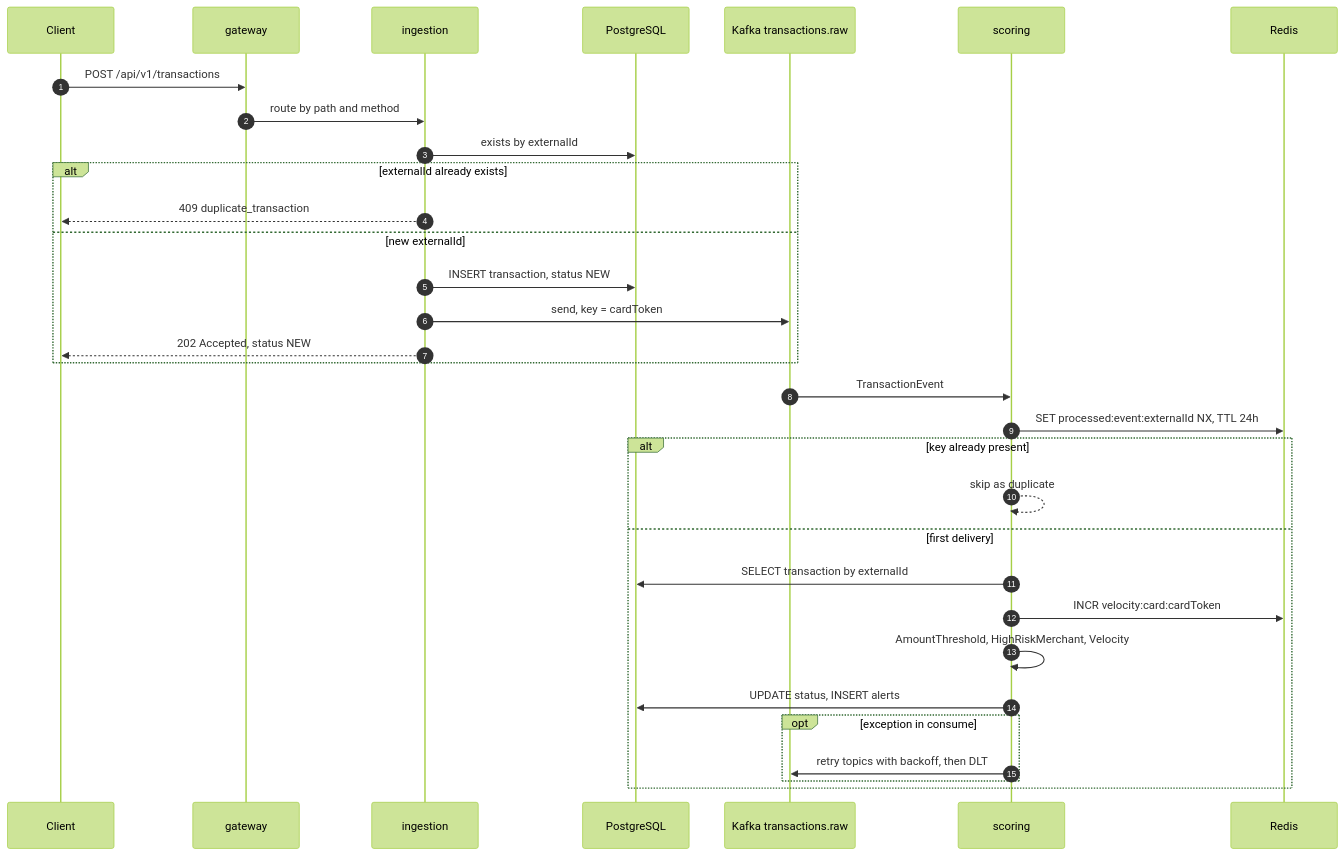
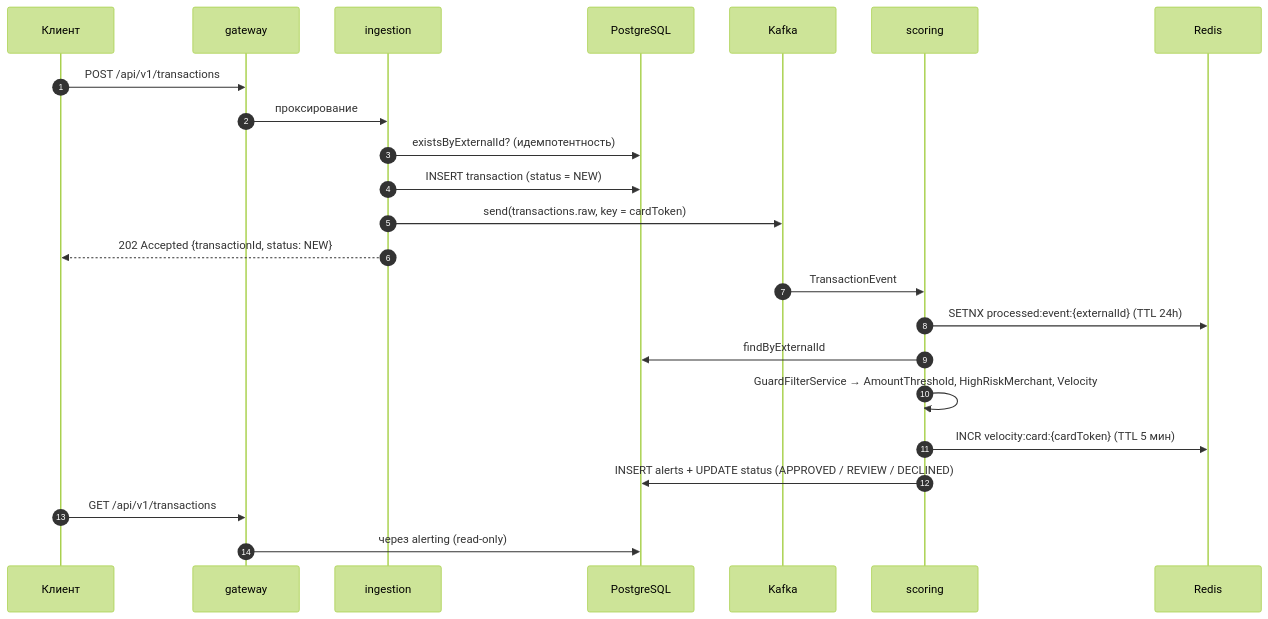
Before and after one commit to zve-rev/anti-fraud-monitor: the second of 2 diagrams in README.md, drawn with Mermaid (forest theme). The commit also changed other lines of this file and 5 other files, not shown here.

````diff
--- a/README.md
+++ b/README.md
@@ -62,36 +93,28 @@
 ```mermaid
 sequenceDiagram
     autonumber
-    participant C as Client
+    participant C as Клиент
     participant G as gateway
     participant I as ingestion
-    participant P as PostgreSQL
-    participant K as Kafka transactions.raw
+    participant DB as PostgreSQL
+    participant K as Kafka
     participant S as scoring
     participant R as Redis
 
     C->>G: POST /api/v1/transactions
-    G->>I: route by path and method
-    I->>P: exists by externalId
-    alt externalId already exists
-        I-->>C: 409 duplicate_transaction
-    else new externalId
-        I->>P: INSERT transaction, status NEW
-        I->>K: send, key = cardToken
-        I-->>C: 202 Accepted, status NEW
-    end
+    G->>I: проксирование
+    I->>DB: existsByExternalId? (идемпотентность)
+    I->>DB: INSERT transaction (status = NEW)
+    I->>K: send(transactions.raw, key = cardToken)
+    I-->>C: 202 Accepted {transactionId, status: NEW}
 
     K->>S: TransactionEvent
-    S->>R: SET processed:event:externalId NX, TTL 24h
-    alt key already present
-        S-->>S: skip as duplicate
-    else first delivery
-        S->>P: SELECT transaction by externalId
-        S->>R: INCR velocity:card:cardToken
-        S->>S: AmountThreshold, HighRiskMerchant, Velocity
-        S->>P: UPDATE status, INSERT alerts
-        opt exception in consume
-            S->>K: retry topics with backoff, then DLT
-        end
-    end
+    S->>R: SETNX processed:event:{externalId} (TTL 24h)
+    S->>DB: findByExternalId
+    S->>S: GuardFilterService → AmountThreshold, HighRiskMerchant, Velocity
+    S->>R: INCR velocity:card:{cardToken} (TTL 5 мин)
+    S->>DB: INSERT alerts + UPDATE status (APPROVED / REVIEW / DECLINED)
+
+    C->>G: GET /api/v1/transactions
+    G->>DB: через alerting (read-only)
 ```
````
